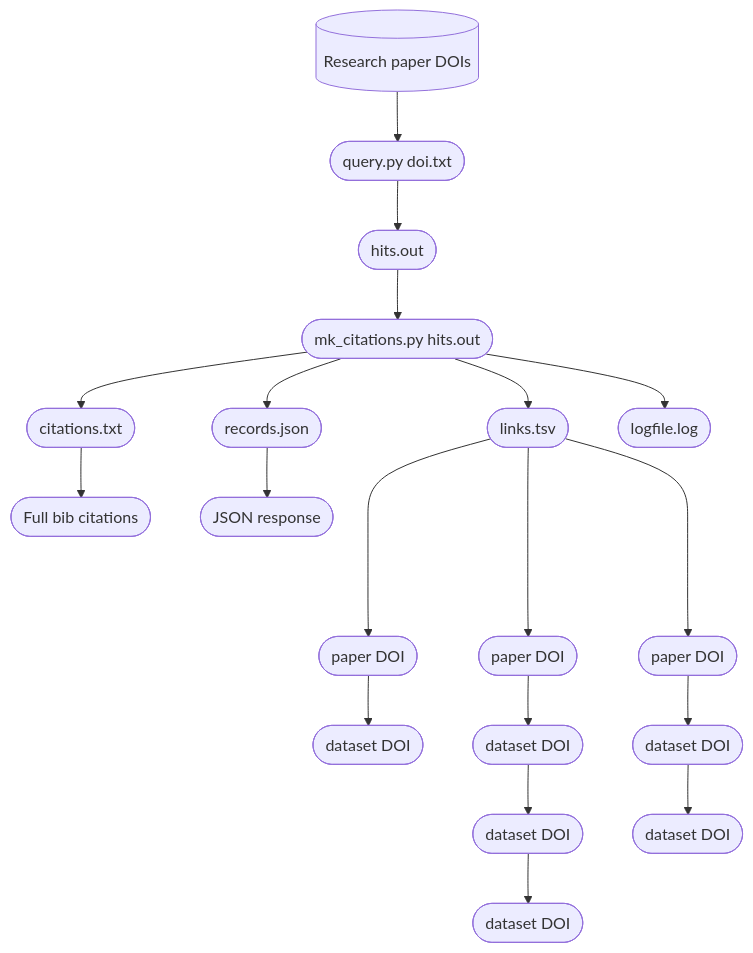
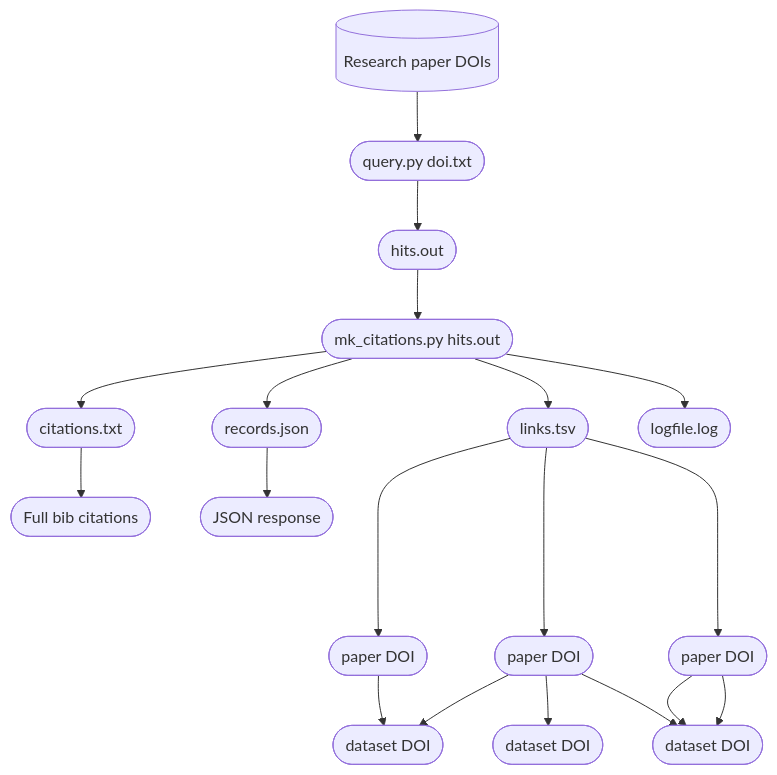
Before and after one commit to sefnyn/scholix: the diagram in README.md, drawn with Mermaid.

````diff
--- a/README.md
+++ b/README.md
@@ -3,16 +3,22 @@
 ```mermaid
 graph TD;
     A[(Research paper DOIs)]
     A --> B([query.py doi.txt]);
     B --> C([hits.out]);
     C --> D([mk_citations.py hits.out]);
     D --> E([links.tsv]);
     D --> F([citations.txt]);
     D --> G([records.json]);
     D --> H([logfile.log]);
-    E ----> J1a([paper DOI]) --> J1b([dataset DOI]);
-    E ----> J2a([paper DOI]) --> J2b([dataset DOI]) --> J2c([dataset DOI])  --> J2d([dataset DOI]);
-    E ----> J3a([paper DOI]) --> J3b([dataset DOI]) --> J3c([dataset DOI]);
+    E ----> P1([paper DOI]);
+    E ----> P2([paper DOI]);
+    E ----> P3([paper DOI]);
+    P1 --> D1([dataset DOI]);
+    P2 --> D1([dataset DOI]);
+    P2 --> D2([dataset DOI]);
+    P2 --> D3([dataset DOI]);
+    P3 --> D3([dataset DOI]);
+    P3 --> D3;
     F --> K([Full bib citations]);
     G --> L([JSON response]);
 ```
````
